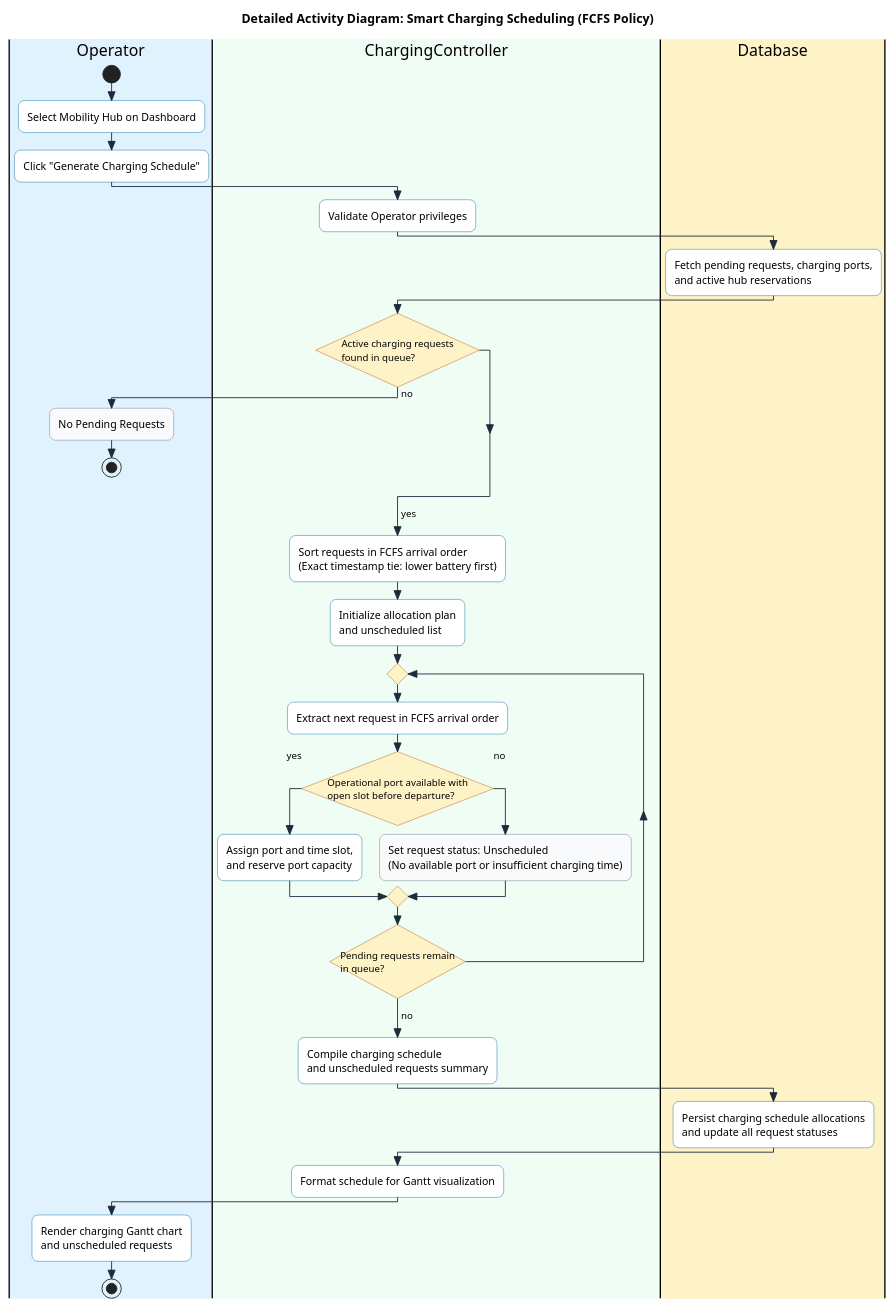
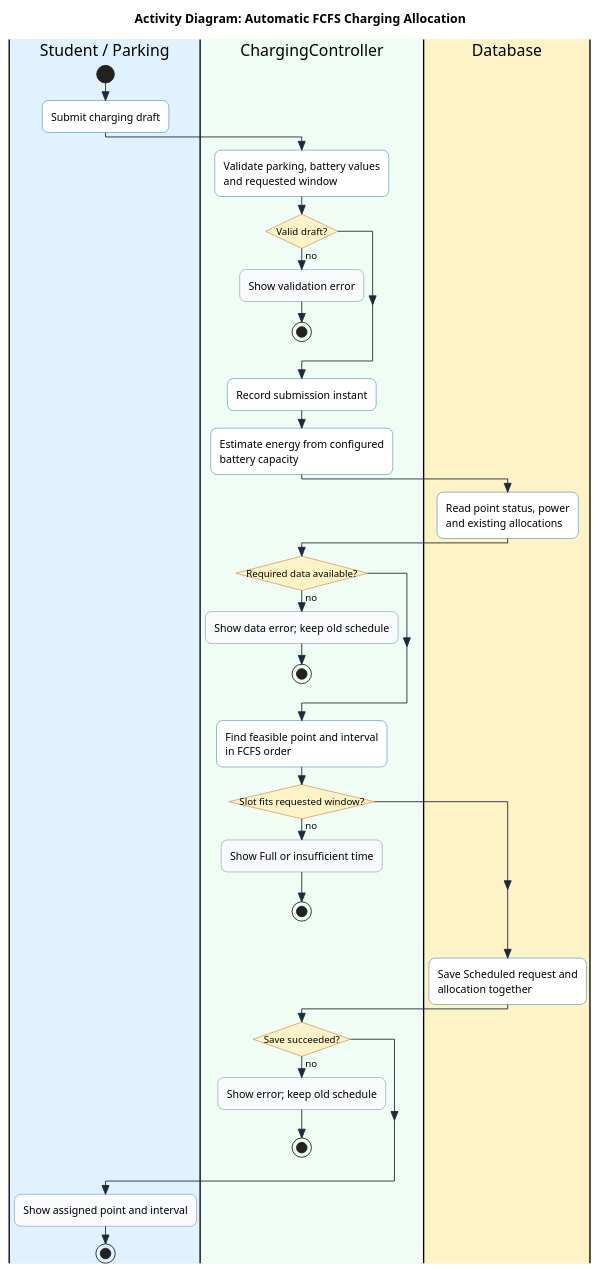
One commit to thanhpham1108/smart-e-mobility-hub changed the diagram in docs/submission-2/activity-diagrams/smart-charging/AD_GenerateChargingSchedule_FCFS.puml. Above: the diagram before and after it, drawn with PlantUML. The commit also changed 59 other files, not shown here.

```diff
--- a/docs/submission-2/activity-diagrams/smart-charging/AD_GenerateChargingSchedule_FCFS.puml
+++ b/docs/submission-2/activity-diagrams/smart-charging/AD_GenerateChargingSchedule_FCFS.puml
@@ -1,88 +1,64 @@
 @startuml AD_GenerateChargingSchedule_FCFS
 skinparam style strictuml
 skinparam conditionStyle insideDiamond
 skinparam activityShape rounded
 skinparam roundCorner 14
 skinparam defaultFontName sans-serif
-
 skinparam ActivityBorderColor #0369A1
 skinparam ActivityBackgroundColor #FFFFFF
 skinparam ActivityDiamondBorderColor #B45309
 skinparam ActivityDiamondBackgroundColor #FEF3C7
 skinparam ArrowColor #1E293B
-
 skinparam activity<<status>> {
   RoundCorner 4
   BackgroundColor #F8FAFC
   BorderColor #64748B
 }
 
-title Detailed Activity Diagram: Smart Charging Scheduling (FCFS Policy)
+title Activity Diagram: Automatic FCFS Charging Allocation
 
-|#E0F2FE|Operator|
+|#E0F2FE|Student / Parking|
+start
+:Submit charging draft;
+
 |#F0FDF4|ChargingController|
-|#FEF3C7|Database|
-
-|Operator|
-start
-:Select Mobility Hub on Dashboard;
-:Click "Generate Charging Schedule";
-
-|ChargingController|
-:Validate Operator privileges;
-
-|Database|
-:Fetch pending requests, charging ports,
-and active hub reservations;
-
-|ChargingController|
-if (
-      Active charging requests      
-      found in queue?      
-) then (no)
-  |Operator|
-  :No Pending Requests; <<status>>
+:Validate parking, battery values
+and requested window;
+if (Valid draft?) then (no)
+  :Show validation error; <<status>>
   stop
 endif
-->yes;
+:Record submission instant;
+:Estimate energy from configured
+battery capacity;
 
-|ChargingController|
-:Sort requests in FCFS arrival order
-(Exact timestamp tie: lower battery first);
+|#FEF3C7|Database|
+:Read point status, power
+and existing allocations;
 
-:Initialize allocation plan
-and unscheduled list;
+|#F0FDF4|ChargingController|
+if (Required data available?) then (no)
+  :Show data error; keep old schedule; <<status>>
+  stop
+endif
+:Find feasible point and interval
+in FCFS order;
+if (Slot fits requested window?) then (no)
+  :Show Full or insufficient time; <<status>>
+  stop
+endif
 
-repeat
-  :Extract next request in FCFS arrival order;
-  if (
-      Operational port available with      
-      open slot before departure?      
-) then (yes)
-    :Assign port and time slot,
-and reserve port capacity;
-  else (no)
-    :Set request status: Unscheduled
-(No available port or insufficient charging time); <<status>>
-  endif
-repeat while (
-      Pending requests remain      
-      in queue?      
-) is (yes)
-->no;
+|#FEF3C7|Database|
+:Save Scheduled request and
+allocation together;
 
-:Compile charging schedule
-and unscheduled requests summary;
+|#F0FDF4|ChargingController|
+if (Save succeeded?) then (no)
+  :Show error; keep old schedule; <<status>>
+  stop
+endif
 
-|Database|
-:Persist charging schedule allocations
-and update all request statuses;
-
-|ChargingController|
-:Format schedule for Gantt visualization;
-
-|Operator|
-:Render charging Gantt chart
-and unscheduled requests;
+|#E0F2FE|Student / Parking|
+:Show assigned point and interval; <<status>>
 stop
 @enduml
```
